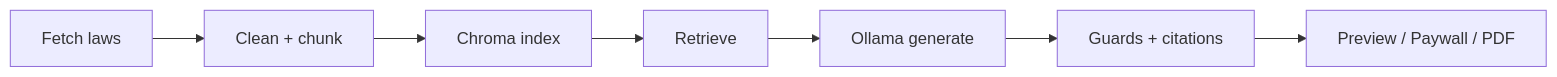
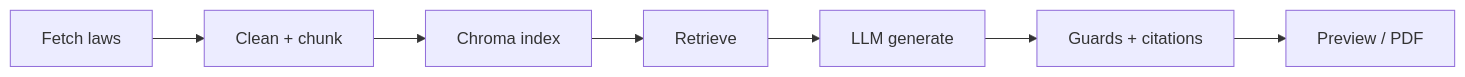
One commit to SkoofyDoo/widerspruch.jetzt changed the diagram in README.md. Above: the diagram before and after it, drawn with Mermaid. The commit also changed other lines of this file and 6 other files, not shown here.

````diff
--- a/README.md
+++ b/README.md
@@ -71,9 +82,9 @@
 ```mermaid
 flowchart LR
   A[Fetch laws] --> B[Clean + chunk]
   B --> C[Chroma index]
   C --> D[Retrieve]
-  D --> E[Ollama generate]
+  D --> E[LLM generate]
   E --> F[Guards + citations]
-  F --> G[Preview / Paywall / PDF]
+  F --> G[Preview / PDF]
 ```
````
